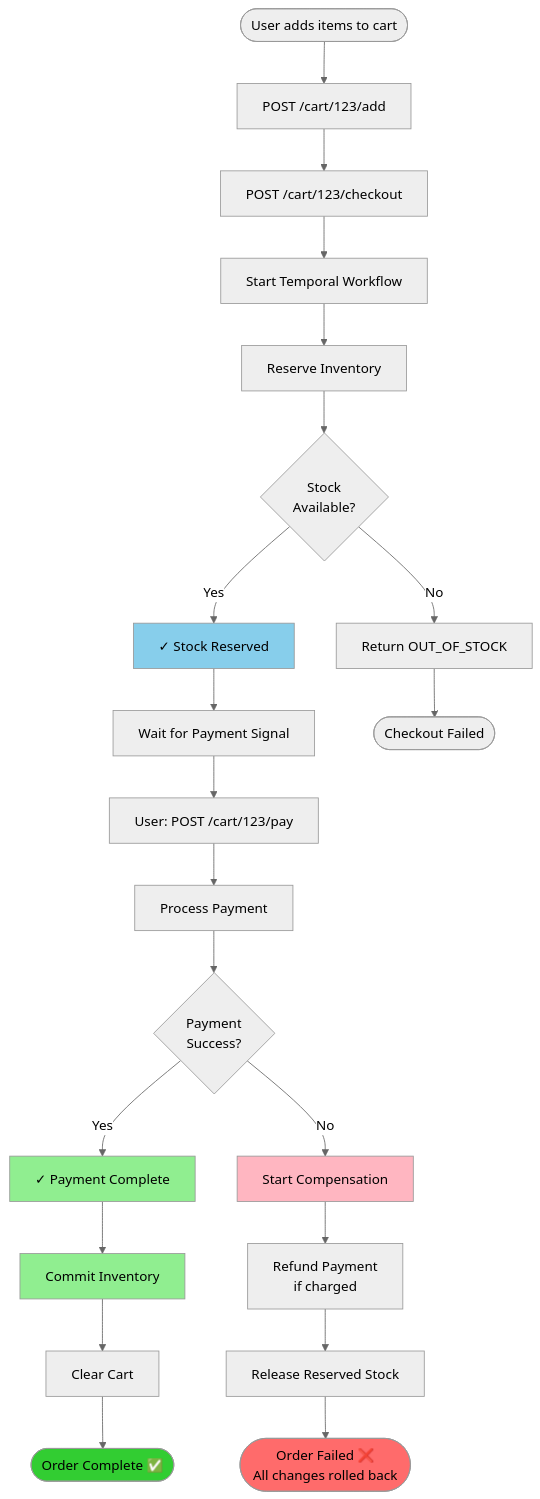
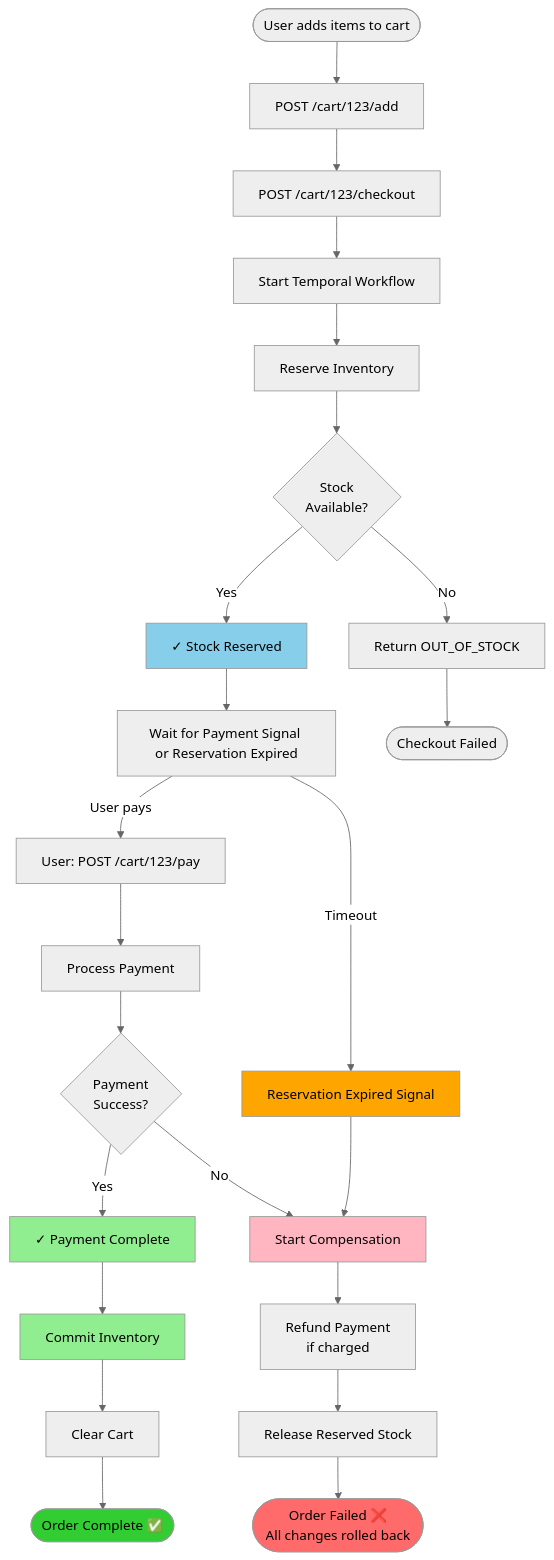
Before and after one commit to buonnguwaaa/Temporal-Demo: the diagram in README.md, drawn with Mermaid (neutral theme).

Commit message:
Update readme flow graph

````diff
--- a/README.md
+++ b/README.md
@@ -10,37 +10,43 @@
 ```mermaid
     graph TD
         Start([User adds items to cart]) --> AddItems[POST /cart/123/add]
         AddItems --> Checkout[POST /cart/123/checkout]
         Checkout --> StartWF[Start Temporal Workflow]
         
         StartWF --> Reserve[Reserve Inventory]
         Reserve --> CheckStock{Stock<br/>Available?}
         
         CheckStock -->|No| ReturnStock[Return OUT_OF_STOCK]
         CheckStock -->|Yes| StockReserved[✓ Stock Reserved]
         
-        StockReserved --> WaitPay[Wait for Payment Signal]
-        WaitPay --> UserPay[User: POST /cart/123/pay]
+        StockReserved --> WaitPay[Wait for Payment Signal or Reservation Expired]
+        
+        WaitPay -->|User pays| UserPay[User: POST /cart/123/pay]
+        WaitPay -->|Timeout| ReservationExpired[Reservation Expired Signal]
+
         UserPay --> ProcessPay[Process Payment]
-        
         ProcessPay --> CheckPay{Payment<br/>Success?}
         
         CheckPay -->|Yes| Success[✓ Payment Complete]
         Success --> Commit[Commit Inventory]
         Commit --> ClearCart[Clear Cart]
         ClearCart --> Done([Order Complete ✅])
         
         CheckPay -->|No| CompStart[Start Compensation]
+        ReservationExpired --> CompStart
+
         CompStart --> Refund[Refund Payment<br/>if charged]
         Refund --> Release[Release Reserved Stock]
         Release --> Failed([Order Failed ❌<br/>All changes rolled back])
         
         ReturnStock --> EndFail([Checkout Failed])
         
         style Success fill:#90EE90
         style Done fill:#32CD32
         style CompStart fill:#FFB6C1
         style Failed fill:#FF6B6B
         style StockReserved fill:#87CEEB
         style Commit fill:#90EE90
+        style ReservationExpired fill:#FFA500
+
 ```
````
